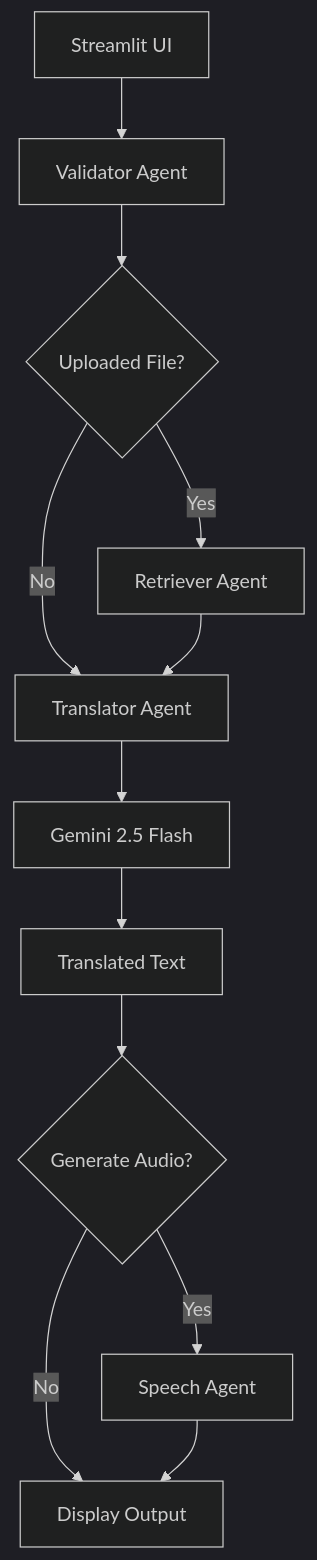
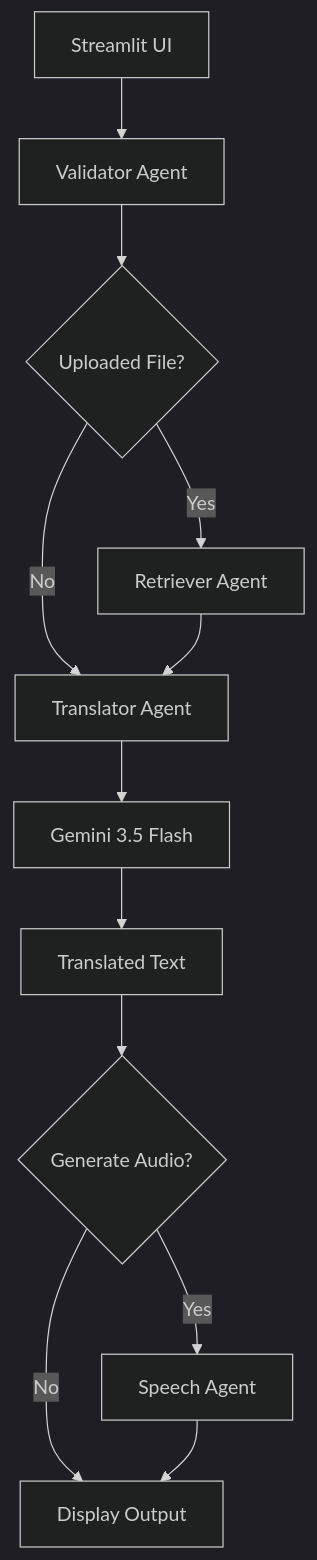
Before and after one commit to technosree26-byte/gemini-langgraph-app: the first of 2 diagrams in README.md, drawn with Mermaid (dark theme). The commit also changed other lines of this file and 3 other files, not shown here.

````diff
--- a/README.md
+++ b/README.md
@@ -282,27 +49,14 @@
 ```mermaid
 flowchart TD
-
-A[Streamlit UI]
-
-A --> B[Validator Agent]
-
-B --> C{Uploaded File?}
-
-C -->|Yes| D[Retriever Agent]
-
-C -->|No| E[Translator Agent]
-
-D --> E
-
-E --> F[Gemini 2.5 Flash]
-
-F --> G[Translated Text]
-
-G --> H{Generate Audio?}
-
-H -->|Yes| I[Speech Agent]
-
-H -->|No| J[Display Output]
-
-I --> J
+    A[Streamlit UI] --> B[Validator Agent]
+    B --> C{Uploaded File?}
+    C -->|Yes| D[Retriever Agent]
+    C -->|No| E[Translator Agent]
+    D --> E
+    E --> F[Gemini 3.5 Flash]
+    F --> G[Translated Text]
+    G --> H{Generate Audio?}
+    H -->|Yes| I[Speech Agent]
+    H -->|No| J[Display Output]
+    I --> J
 ```
````
